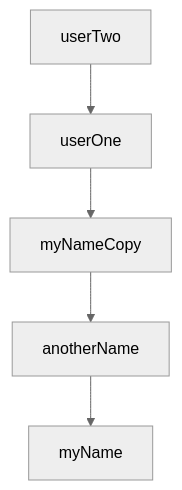
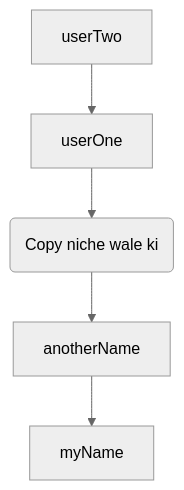
The diagram in README.md (siddharthkumarrai/Javascript_guide), drawn with Mermaid (neutral theme) before and after one commit.

````diff
--- a/README.md
+++ b/README.md
@@ -126,4 +126,4 @@
 ```mermaid
 graph TD;
-    userTwo-->userOne-->myNameCopy-->anotherName-->myName;
+    userTwo-->userOne-->myName_(Copy niche wale ki)-->anotherName-->myName;
 ```
````
